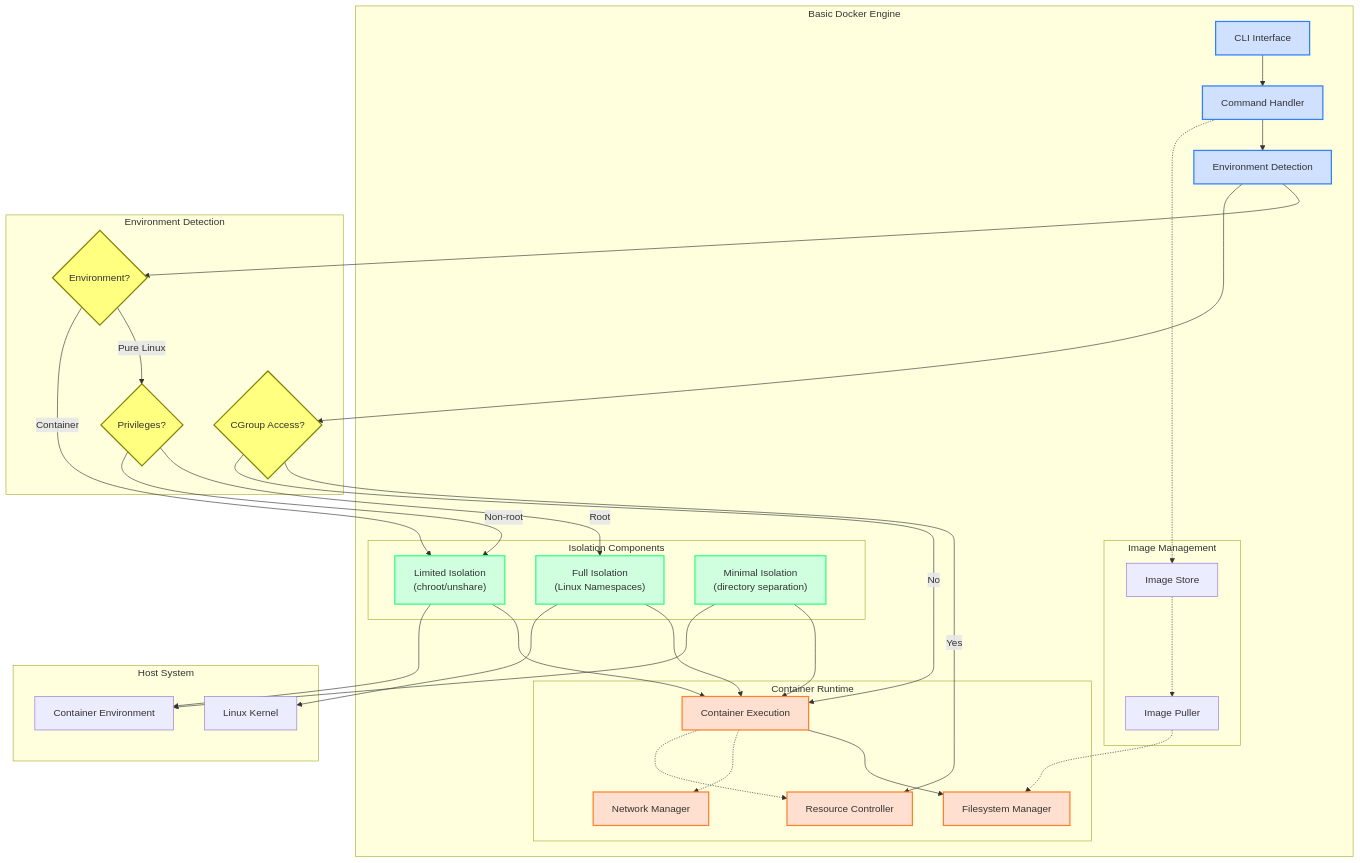
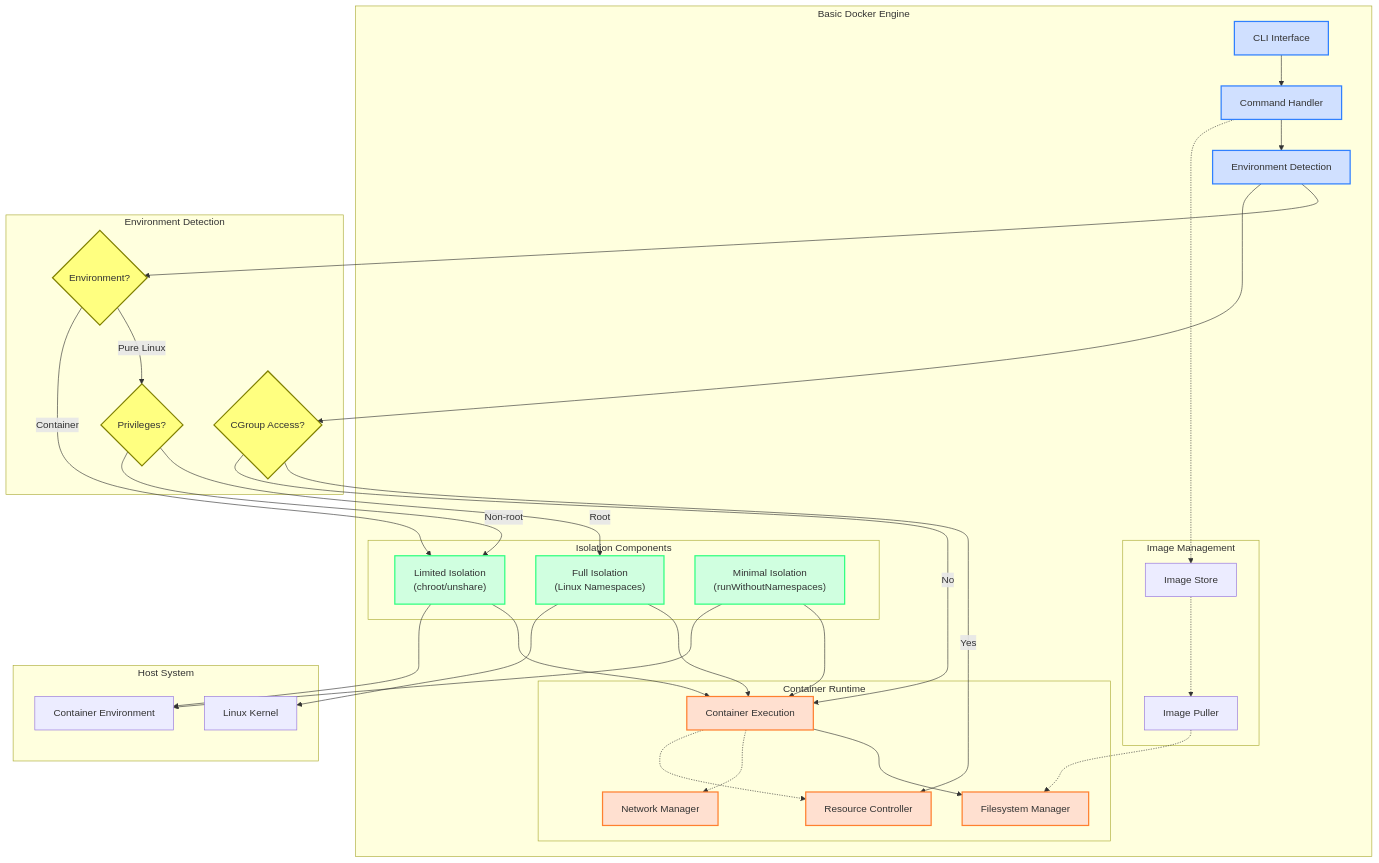
The first of 2 diagrams in README.md (j143/basic-docker-engine), drawn with Mermaid before and after one commit. The commit also changed 1 other file, not shown here.

Commit message:
update the isolation details

```diff
--- a/README.md
+++ b/README.md
@@ -69,12 +69,9 @@
         end
         
         subgraph "Isolation Components"
-            FULL["Full Isolation
-            (Linux Namespaces)"]
-            LIMITED["Limited Isolation
-            (chroot/unshare)"]
-            FALLBACK["Minimal Isolation
-            (directory separation)"]
+            FULL["Full Isolation\n(Linux Namespaces)"]
+            LIMITED["Limited Isolation\n(chroot/unshare)"]
+            FALLBACK["Minimal Isolation\n(runWithoutNamespaces)"]
         end
     end
     
```
